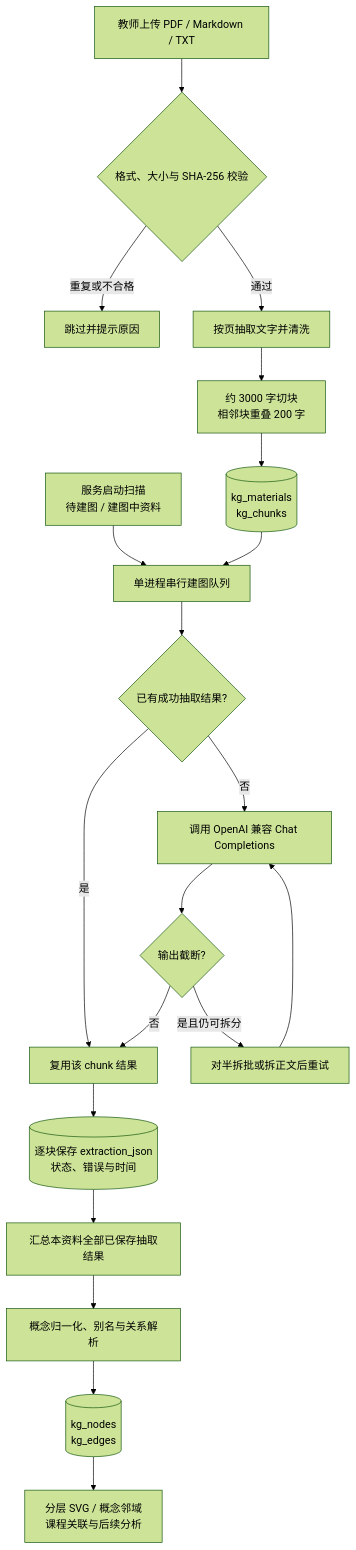
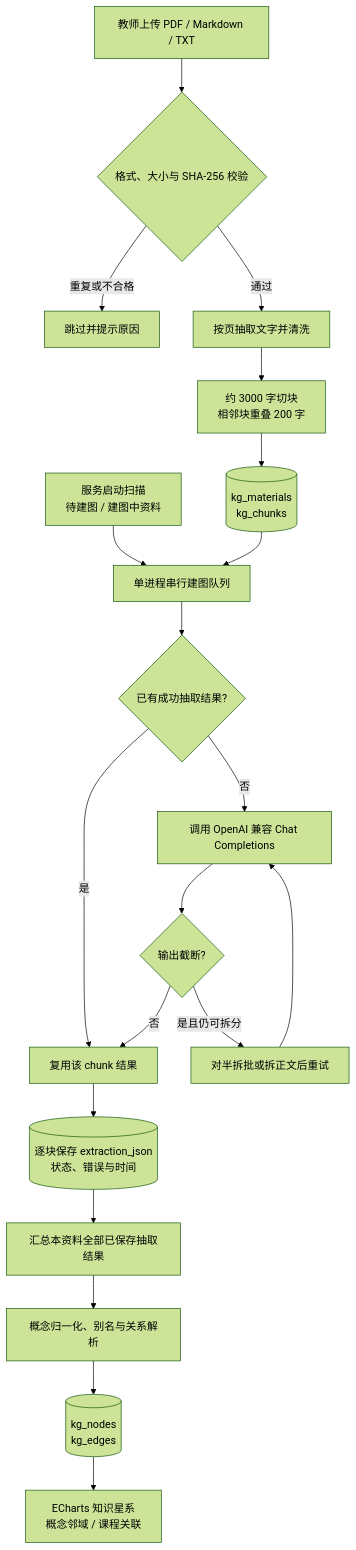
Before and after one commit to jezecheng/GradeLogy: the first of 3 diagrams in docs/knowledge_graph.md, drawn with Mermaid (forest theme). The commit also changed other lines of this file and 9 other files, not shown here.

First line of the commit message:
feat: 知识图谱图形视图升级为 ECharts 交互式知识星系

````diff
--- a/docs/knowledge_graph.md
+++ b/docs/knowledge_graph.md
@@ -114,22 +114,22 @@
 ```mermaid
 flowchart TD
     A[教师上传 PDF / Markdown / TXT] --> B{格式、大小与 SHA-256 校验}
     B -->|重复或不合格| X[跳过并提示原因]
     B -->|通过| C[按页抽取文字并清洗]
     C --> D[约 3000 字切块<br/>相邻块重叠 200 字]
     D --> E[(kg_materials<br/>kg_chunks)]
     R[服务启动扫描<br/>待建图 / 建图中资料] --> F
     E --> F[单进程串行建图队列]
     F --> G{已有成功抽取结果?}
     G -->|是| J[复用该 chunk 结果]
     G -->|否| H[调用 OpenAI 兼容 Chat Completions]
     H --> I{输出截断?}
     I -->|是且仍可拆分| H1[对半拆批或拆正文后重试]
     H1 --> H
     I -->|否| J
     J --> K[(逐块保存 extraction_json<br/>状态、错误与时间)]
     K --> L[汇总本资料全部已保存抽取结果]
     L --> M[概念归一化、别名与关系解析]
     M --> N[(kg_nodes<br/>kg_edges)]
-    N --> O[分层 SVG / 概念邻域<br/>课程关联与后续分析]
+    N --> O[ECharts 知识星系<br/>概念邻域 / 课程关联]
 ```
````
